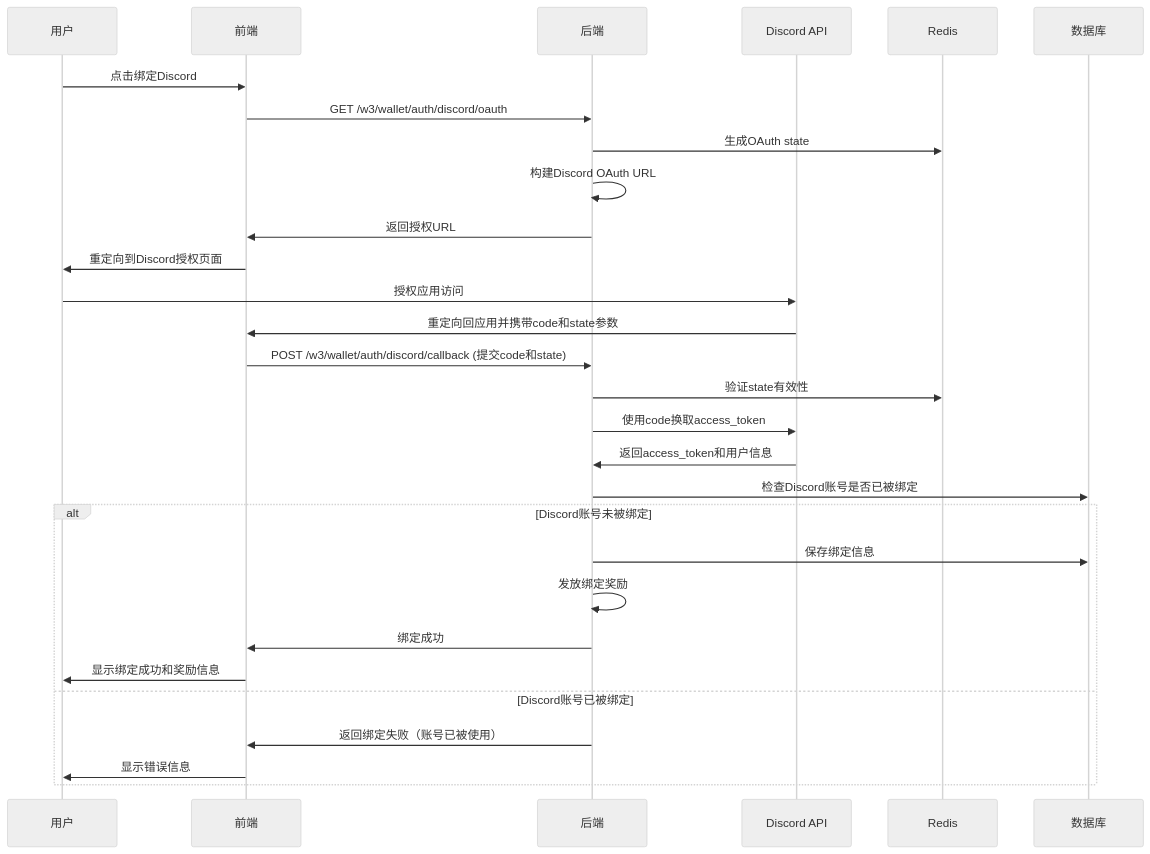
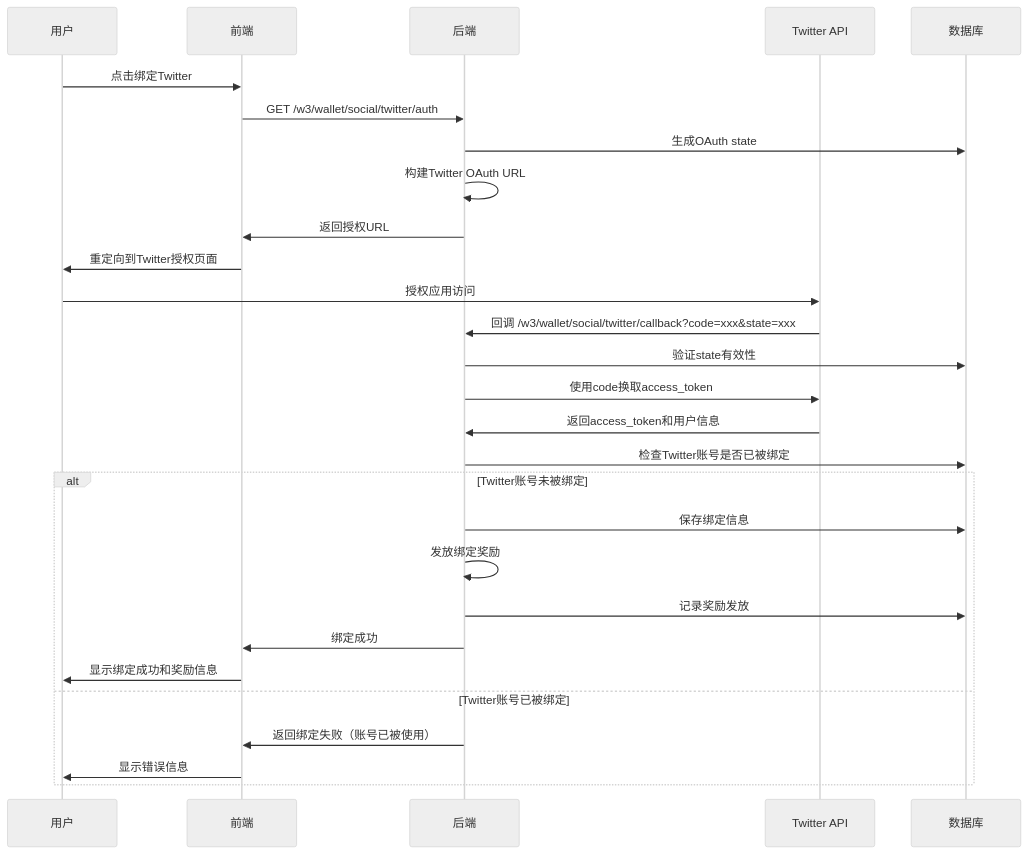
The diagram in all/未命名-73.md (yingjianzh/iodraw-files), drawn with Mermaid (neutral theme) before and after one commit.

Commit message:
2025-07-07 10:51:15 update

````diff
--- a/all/未命名-73.md
+++ b/all/未命名-73.md
@@ -1,34 +1,36 @@
 ```mermaid
+
 sequenceDiagram
     participant User as 用户
     participant Frontend as 前端
     participant Backend as 后端
-    participant Discord as Discord API
-    participant Redis as Redis
+    participant Twitter as Twitter API
     participant DB as 数据库
 
-    User->>Frontend: 点击绑定Discord
-    Frontend->>Backend: GET /w3/wallet/auth/discord/oauth
-    Backend->>Redis: 生成OAuth state
-    Backend->>Backend: 构建Discord OAuth URL
+
+    User->>Frontend: 点击绑定Twitter
+    Frontend->>Backend: GET /w3/wallet/social/twitter/auth
+    Backend->>DB: 生成OAuth state
+    Backend->>Backend: 构建Twitter OAuth URL
     Backend->>Frontend: 返回授权URL
-    Frontend->>User: 重定向到Discord授权页面
+    Frontend->>User: 重定向到Twitter授权页面
     
-    User->>Discord: 授权应用访问
-    Discord->>Frontend: 重定向回应用并携带code和state参数
-    Frontend->>Backend: POST /w3/wallet/auth/discord/callback (提交code和state)
-    Backend->>Redis: 验证state有效性
-    Backend->>Discord: 使用code换取access_token
-    Discord->>Backend: 返回access_token和用户信息
-    Backend->>DB: 检查Discord账号是否已被绑定
+    User->>Twitter: 授权应用访问
+    Twitter->>Backend: 回调 /w3/wallet/social/twitter/callback?code=xxx&state=xxx
+    Backend->>DB: 验证state有效性
+    Backend->>Twitter: 使用code换取access_token
+    Twitter->>Backend: 返回access_token和用户信息
+    Backend->>DB: 检查Twitter账号是否已被绑定
     
-    alt Discord账号未被绑定
+    alt Twitter账号未被绑定
         Backend->>DB: 保存绑定信息
         Backend->>Backend: 发放绑定奖励
+        Backend->>DB: 记录奖励发放
         Backend->>Frontend: 绑定成功
         Frontend->>User: 显示绑定成功和奖励信息
-    else Discord账号已被绑定
+    else Twitter账号已被绑定
         Backend->>Frontend: 返回绑定失败（账号已被使用）
         Frontend->>User: 显示错误信息
     end
+
 ```
````
